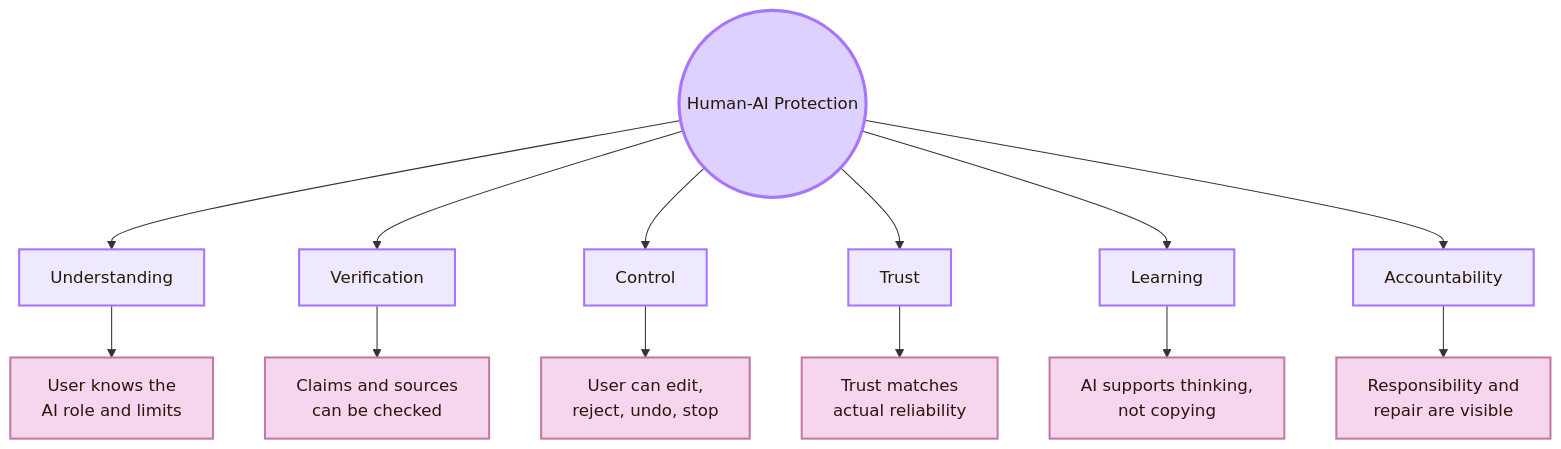
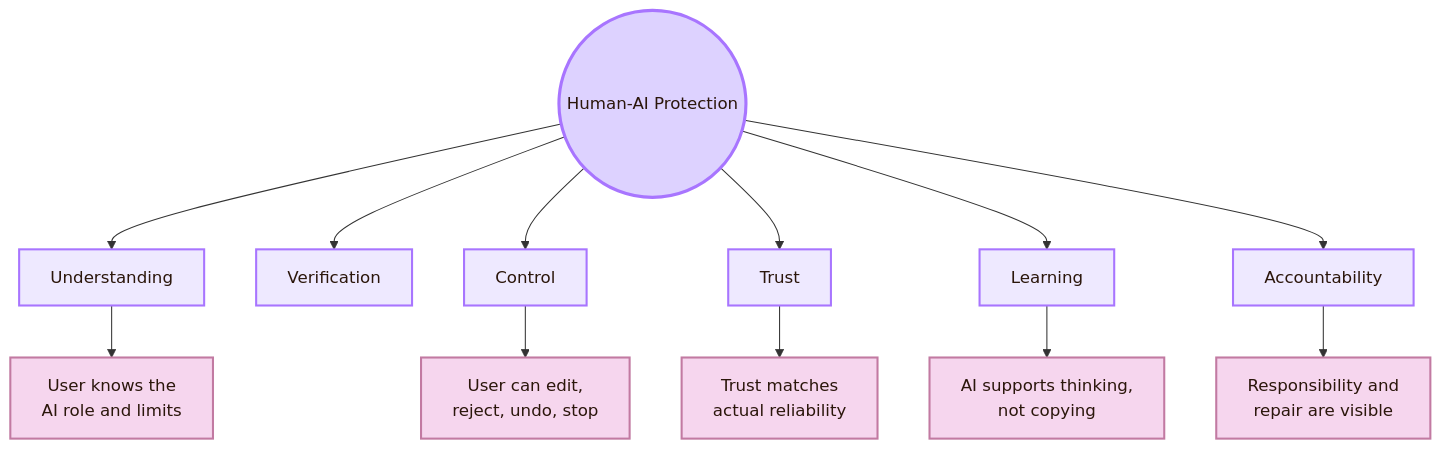
The third of 13 diagrams in 01_Core_Area_HCI/001_Subareas/05_Human_AI_Interaction/Overview.md (andreitegzes06-ui/CogniShire), drawn with Mermaid before and after one commit. The commit also changed other lines of this file and 131 other files, not shown here.

````diff
--- a/01_Core_Area_HCI/001_Subareas/05_Human_AI_Interaction/Overview.md
+++ b/01_Core_Area_HCI/001_Subareas/05_Human_AI_Interaction/Overview.md
@@ -139,26 +137,25 @@
 ```mermaid
 flowchart TB
     A((Human-AI Protection))
 
     A --> B[Understanding]
     A --> C[Verification]
     A --> D[Control]
     A --> E[Trust]
     A --> F[Learning]
     A --> G[Accountability]
 
     B --> B1[User knows the<br/>AI role and limits]
-    C --> C1[Claims and sources<br/>can be checked]
     D --> D1[User can edit,<br/>reject, undo, stop]
     E --> E1[Trust matches<br/>actual reliability]
     F --> F1[AI supports thinking,<br/>not copying]
     G --> G1[Responsibility and<br/>repair are visible]
 
     classDef center fill:#ddd2ff,stroke:#a875ff,color:#2b160b,stroke-width:3px;
     classDef node fill:#eee9ff,stroke:#a875ff,color:#2b160b,stroke-width:2px;
     classDef detail fill:#f6d6ee,stroke:#c27aa2,color:#2b160b,stroke-width:2px;
 
     class A center;
     class B,C,D,E,F,G node;
     class B1,C1,D1,E1,F1,G1 detail;
 ```
````
